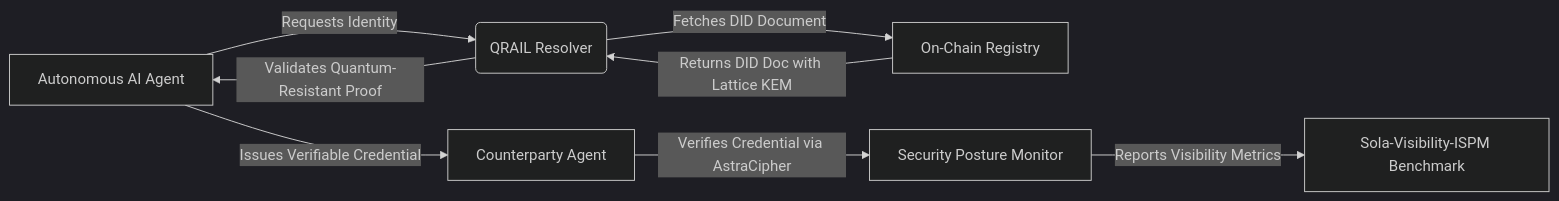
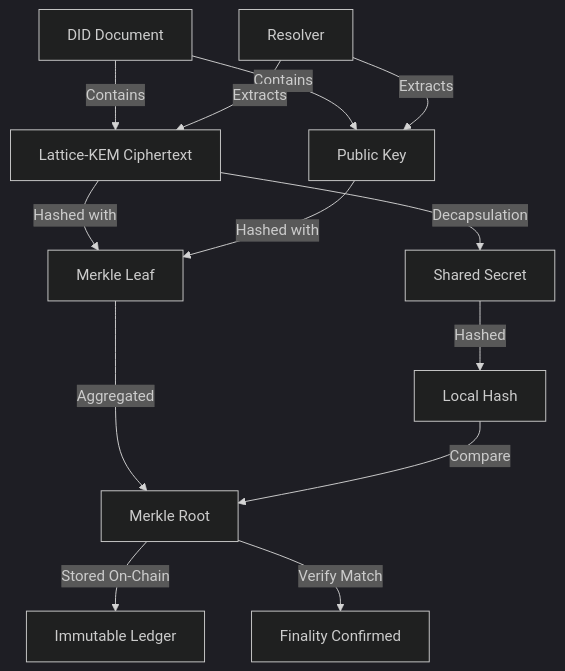
One commit to shawnhvac/agentworld-prior-art changed the diagram in inventions/inv_qrail_quantum_resistant_agentic_identity_ledger_19fd0.md. Above: the diagram before and after it, drawn with Mermaid (dark theme). The commit also changed other lines of this file and 133 other files, not shown here.

````diff
--- a/inventions/inv_qrail_quantum_resistant_agentic_identity_ledger_19fd0.md
+++ b/inventions/inv_qrail_quantum_resistant_agentic_identity_ledger_19fd0.md
@@ -58,10 +57,15 @@
 ```mermaid
-graph LR
-    A[Autonomous AI Agent] -->|Requests Identity| B(QRAIL Resolver)
-    B -->|Fetches DID Document| C[On-Chain Registry]
-    C -->|Returns DID Doc with Lattice KEM| B
-    B -->|Validates Quantum-Resistant Proof| A
-    A -->|Issues Verifiable Credential| D[Counterparty Agent]
-    D -->|Verifies Credential via AstraCipher| E[Security Posture Monitor]
-    E -->|Reports Visibility Metrics| F[Sola-Visibility-ISPM Benchmark]
+graph TD
+    A[DID Document] -->|Contains| B[Lattice-KEM Ciphertext]
+    A -->|Contains| C[Public Key]
+    B -->|Hashed with| D[Merkle Leaf]
+    C -->|Hashed with| D
+    D -->|Aggregated| E[Merkle Root]
+    E -->|Stored On-Chain| F[Immutable Ledger]
+    G[Resolver] -->|Extracts| B
+    G -->|Extracts| C
+    B -->|Decapsulation| H[Shared Secret]
+    H -->|Hashed| I[Local Hash]
+    I -->|Compare| E
+    E -->|Verify Match| J[Finality Confirmed]
 ```
````
